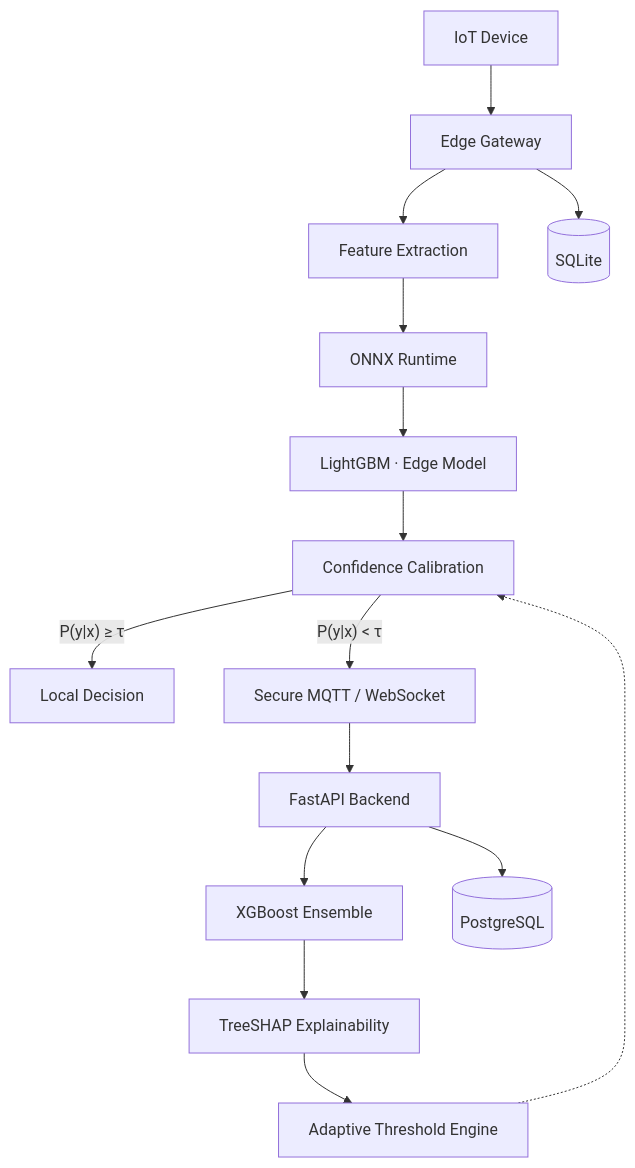
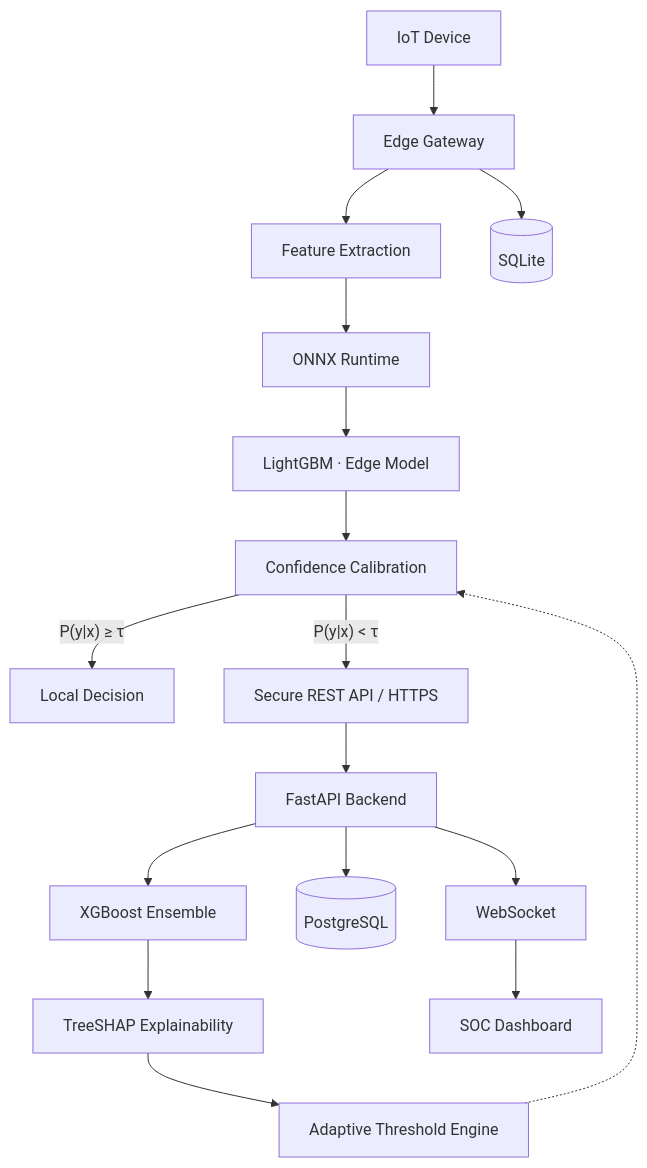
One commit to AtharvaVavhal/aecids changed the second of 6 diagrams in README.md. Above: the diagram before and after it, drawn with Mermaid. The commit also changed other lines of this file, not shown here.

````diff
--- a/README.md
+++ b/README.md
@@ -230,17 +233,19 @@
 ```mermaid
 graph TD
     A[IoT Device] --> B[Edge Gateway]
     B --> C[Feature Extraction]
     C --> D[ONNX Runtime]
     D --> E[LightGBM · Edge Model]
     E --> F[Confidence Calibration]
     F -->|"P(y|x) ≥ τ"| G[Local Decision]
-    F -->|"P(y|x) < τ"| H[Secure MQTT / WebSocket]
+    F -->|"P(y|x) < τ"| H[Secure REST API / HTTPS]
     H --> I[FastAPI Backend]
     I --> J[XGBoost Ensemble]
     J --> K[TreeSHAP Explainability]
     K --> L[Adaptive Threshold Engine]
     L -.-> F
     I --> M[(PostgreSQL)]
     B --> N[(SQLite)]
+    I --> O[WebSocket]
+    O --> P[SOC Dashboard]
 ```
````
